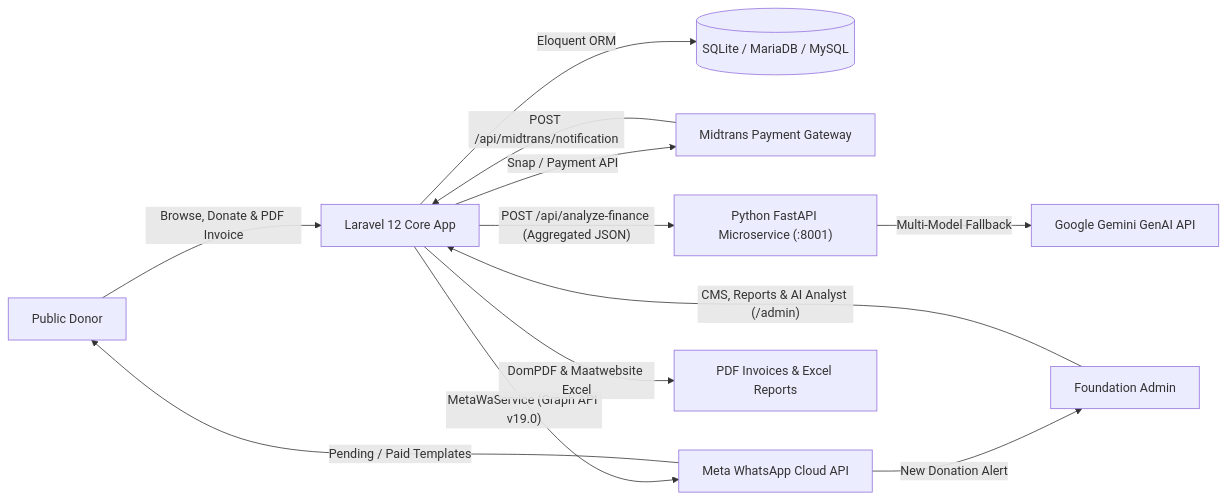
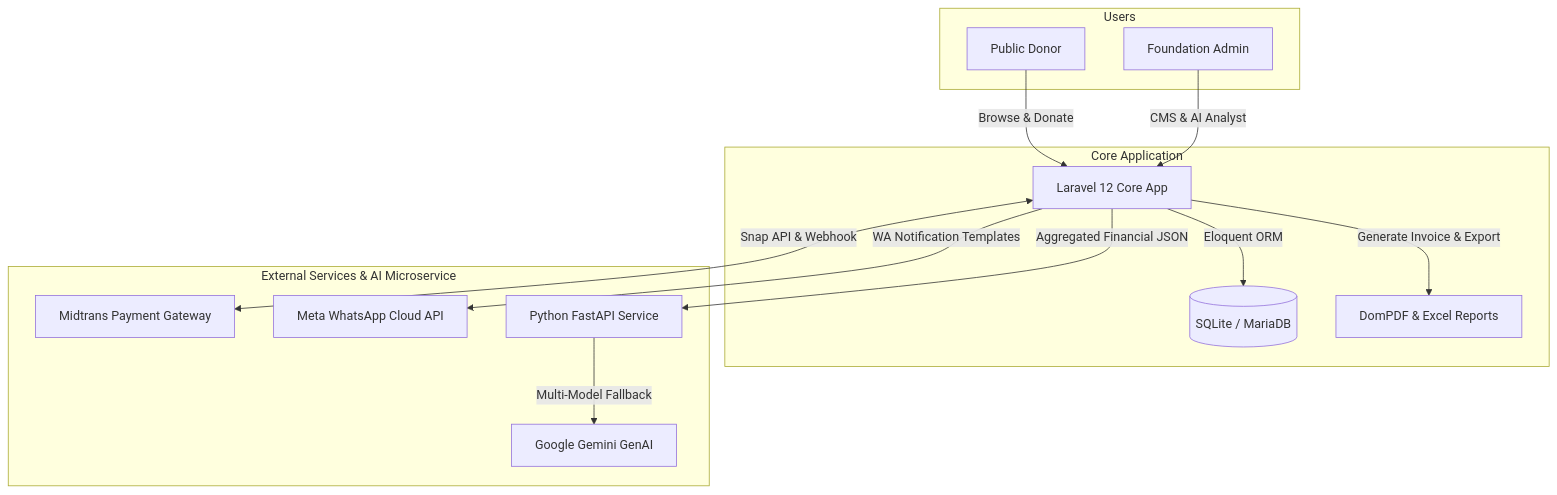
Before and after one commit to isamsd26/donasiflow-ai: the first of 3 diagrams in README.md, drawn with Mermaid.

Commit message:
docs: fix System Architecture Mermaid diagram layout for GitHub

````diff
--- a/README.md
+++ b/README.md
@@ -30,18 +30,29 @@
 ```mermaid
-flowchart LR
-    Donor["Public Donor"] -->|"Browse, Donate & PDF Invoice"| Laravel["Laravel 12 Core App"]
-    Admin["Foundation Admin"] -->|"CMS, Reports & AI Analyst (/admin)"| Laravel
+flowchart TD
+    subgraph Clients["Users"]
+        Donor["Public Donor"]
+        Admin["Foundation Admin"]
+    end
 
-    Laravel -->|"Eloquent ORM"| DB[("SQLite / MariaDB / MySQL")]
-    Laravel -->|"Snap / Payment API"| Midtrans["Midtrans Payment Gateway"]
-    Midtrans -->|"POST /api/midtrans/notification"| Laravel
+    subgraph Core["Core Application"]
+        Laravel["Laravel 12 Core App"]
+        DB[("SQLite / MariaDB")]
+        Reports["DomPDF & Excel Reports"]
+    end
 
-    Laravel -->|"MetaWaService (Graph API v19.0)"| MetaWA["Meta WhatsApp Cloud API"]
-    MetaWA -->|"Pending / Paid Templates"| Donor
-    MetaWA -->|"New Donation Alert"| Admin
+    subgraph External["External Services & AI Microservice"]
+        Midtrans["Midtrans Payment Gateway"]
+        MetaWA["Meta WhatsApp Cloud API"]
+        FastAPI["Python FastAPI Service"]
+        Gemini["Google Gemini GenAI"]
+    end
 
-    Laravel -->|"POST /api/analyze-finance (Aggregated JSON)"| FastAPI["Python FastAPI Microservice (:8001)"]
-    FastAPI -->|"Multi-Model Fallback"| Gemini["Google Gemini GenAI API"]
-
-    Laravel -->|"DomPDF & Maatwebsite Excel"| Reports["PDF Invoices & Excel Reports"]
+    Donor -->|Browse & Donate| Laravel
+    Admin -->|CMS & AI Analyst| Laravel
+    Laravel -->|Eloquent ORM| DB
+    Laravel -->|Generate Invoice & Export| Reports
+    Laravel <-->|Snap API & Webhook| Midtrans
+    Laravel -->|WA Notification Templates| MetaWA
+    Laravel -->|Aggregated Financial JSON| FastAPI
+    FastAPI -->|Multi-Model Fallback| Gemini
 ```
````
